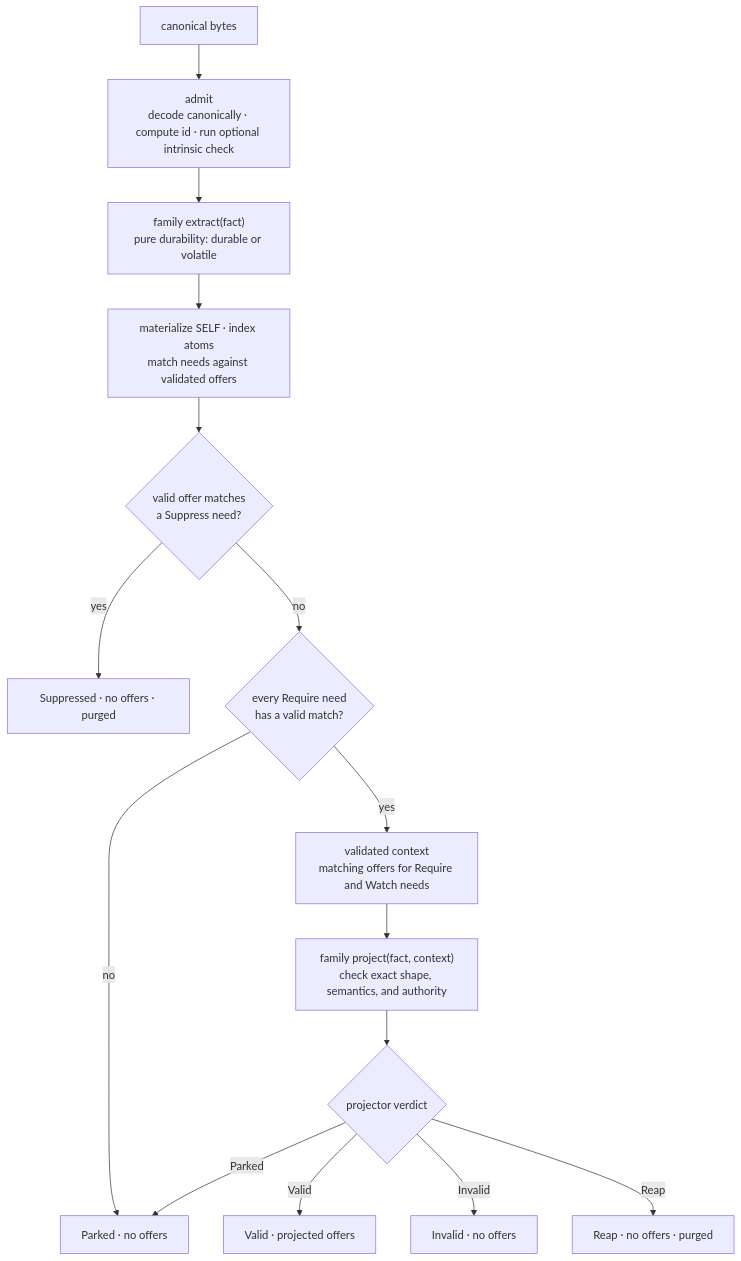
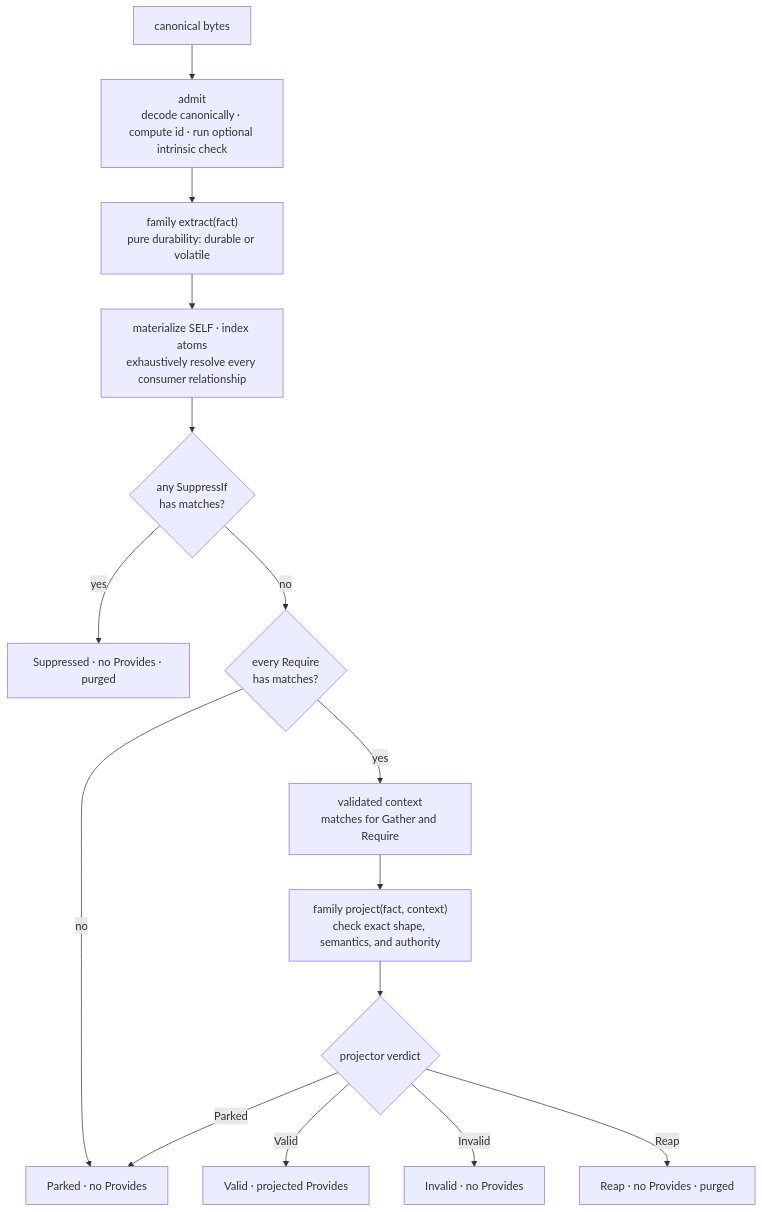
Before and after one commit to holmesworcester/poc-13: the diagram in README.md, drawn with Mermaid. The commit also changed other lines of this file and 52 other files, not shown here.

````diff
--- a/README.md
+++ b/README.md
@@ -87,17 +94,17 @@
 ```mermaid
 flowchart TB
     I["canonical bytes"] --> A["admit<br/>decode canonically · compute id · run optional intrinsic check"]
     A --> X["family extract(fact)<br/>pure durability: durable or volatile"]
-    X --> M["materialize SELF · index atoms<br/>match needs against validated offers"]
-    M --> D{"valid offer matches<br/>a Suppress need?"}
-    D -- yes --> Z["Suppressed · no offers · purged"]
-    D -- no --> Q{"every Require need<br/>has a valid match?"}
-    Q -- no --> K["Parked · no offers"]
-    Q -- yes --> C["validated context<br/>matching offers for Require and Watch needs"]
+    X --> M["materialize SELF · index atoms<br/>exhaustively resolve every consumer relationship"]
+    M --> D{"any SuppressIf<br/>has matches?"}
+    D -- yes --> Z["Suppressed · no Provides · purged"]
+    D -- no --> Q{"every Require<br/>has matches?"}
+    Q -- no --> K["Parked · no Provides"]
+    Q -- yes --> C["validated context<br/>matches for Gather and Require"]
     C --> P["family project(fact, context)<br/>check exact shape, semantics, and authority"]
     P --> O{"projector verdict"}
-    O -- Valid --> V["Valid · projected offers"]
+    O -- Valid --> V["Valid · projected Provides"]
     O -- Parked --> K
-    O -- Invalid --> N["Invalid · no offers"]
-    O -- Reap --> R["Reap · no offers · purged"]
+    O -- Invalid --> N["Invalid · no Provides"]
+    O -- Reap --> R["Reap · no Provides · purged"]
 ```
````
